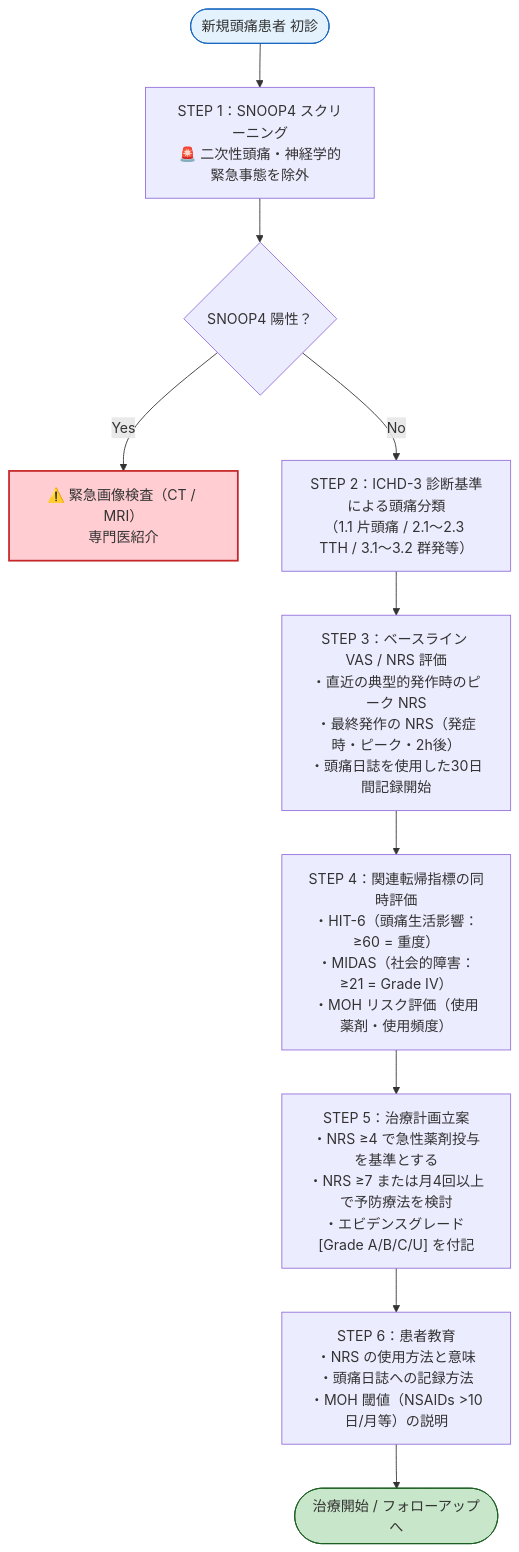
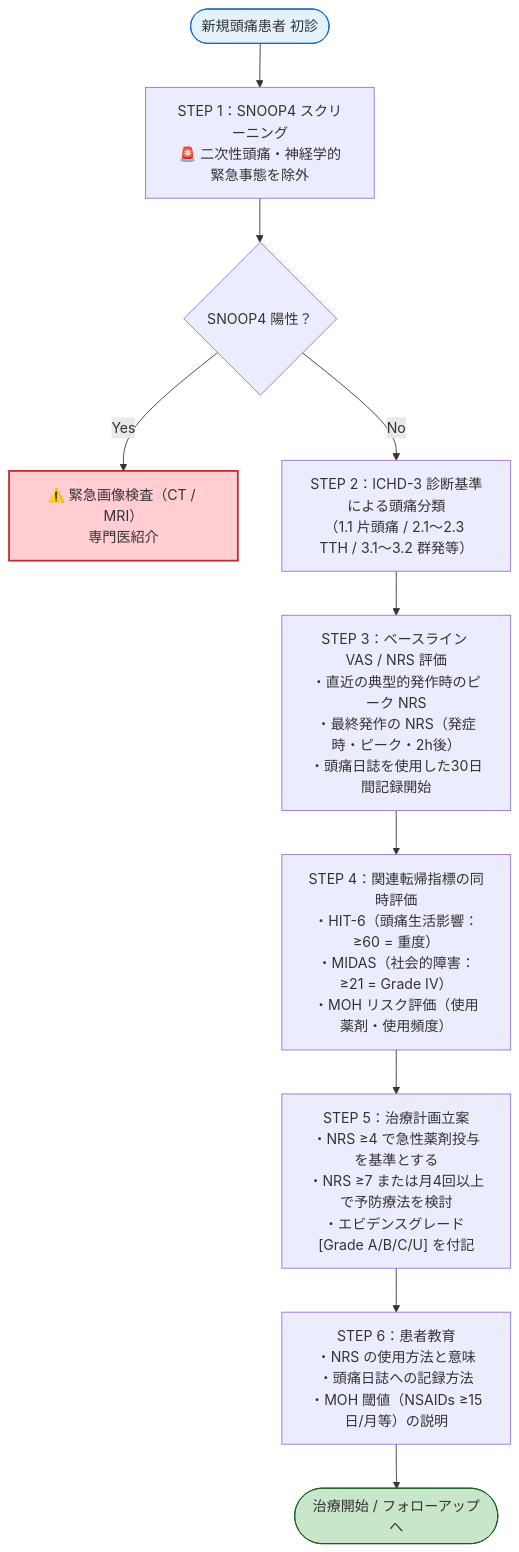
One commit to myoshi2891/Medical-Studies changed the eighth of 8 diagrams in Types-of-headache/md-files/Patient-Reported-Outcome-Measures/Numerical-Rating-Scale-Visual-Analogue-Scale.md. Above: the diagram before and after it, drawn with Mermaid. The commit also changed other lines of this file and 7 other files, not shown here.

````diff
--- a/Types-of-headache/md-files/Patient-Reported-Outcome-Measures/Numerical-Rating-Scale-Visual-Analogue-Scale.md
+++ b/Types-of-headache/md-files/Patient-Reported-Outcome-Measures/Numerical-Rating-Scale-Visual-Analogue-Scale.md
@@ -627,16 +628,16 @@
 ```mermaid
 flowchart TD
     Start(["新規頭痛患者 初診"]) --> S1["STEP 1：SNOOP4 スクリーニング<br>🚨 二次性頭痛・神経学的緊急事態を除外"]
     S1 --> C1{"SNOOP4 陽性？"}
     C1 -->|"Yes"| Ref["⚠️ 緊急画像検査（CT / MRI）<br>専門医紹介"]
     C1 -->|"No"| S2["STEP 2：ICHD-3 診断基準による頭痛分類<br>（1.1 片頭痛 / 2.1〜2.3 TTH / 3.1〜3.2 群発等）"]
     S2 --> S3["STEP 3：ベースライン VAS / NRS 評価<br>・直近の典型的発作時のピーク NRS<br>・最終発作の NRS（発症時・ピーク・2h後）<br>・頭痛日誌を使用した30日間記録開始"]
     S3 --> S4["STEP 4：関連転帰指標の同時評価<br>・HIT-6（頭痛生活影響：≥60 = 重度）<br>・MIDAS（社会的障害：≥21 = Grade IV）<br>・MOH リスク評価（使用薬剤・使用頻度）"]
     S4 --> S5["STEP 5：治療計画立案<br>・NRS ≥4 で急性薬剤投与を基準とする<br>・NRS ≥7 または月4回以上で予防療法を検討<br>・エビデンスグレード [Grade A/B/C/U] を付記"]
-    S5 --> S6["STEP 6：患者教育<br>・NRS の使用方法と意味<br>・頭痛日誌への記録方法<br>・MOH 閾値（NSAIDs >10日/月等）の説明"]
+    S5 --> S6["STEP 6：患者教育<br>・NRS の使用方法と意味<br>・頭痛日誌への記録方法<br>・MOH 閾値（NSAIDs ≥15日/月等）の説明"]
     S6 --> End(["治療開始 / フォローアップへ"])
 
     style Start fill:#e3f2fd,stroke:#1565C0
     style Ref fill:#ffcdd2,stroke:#C62828,stroke-width:2px
     style End fill:#c8e6c9,stroke:#1B5E20
 ```
````
